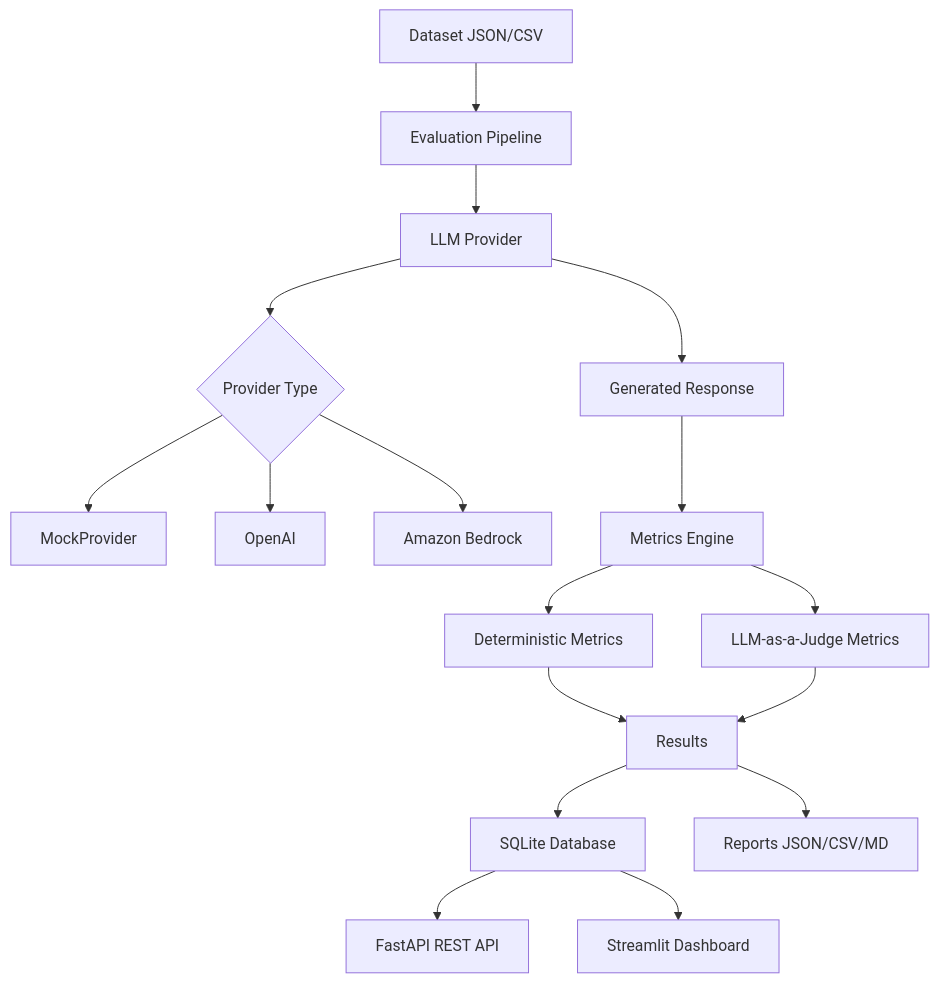
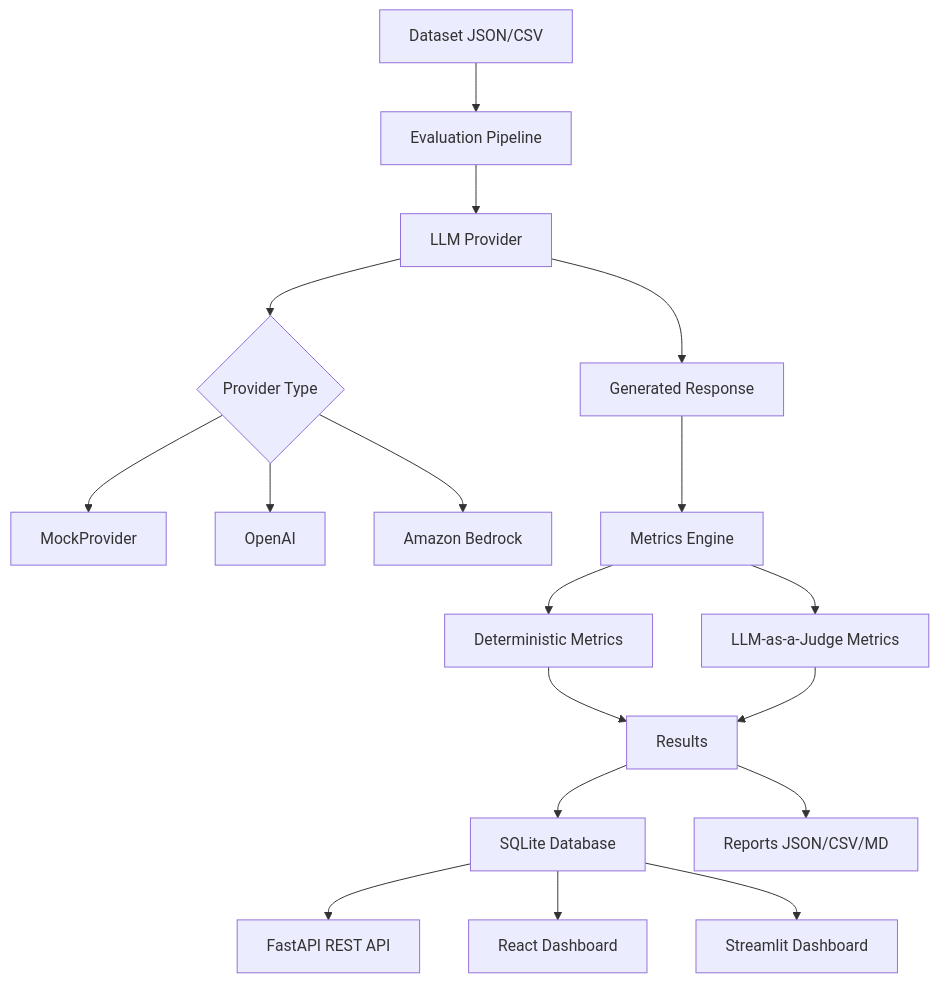
One commit to Lazaro549/ai-evaluation-platform changed the diagram in README.md. Above: the diagram before and after it, drawn with Mermaid. The commit also changed other lines of this file, not shown here.

````diff
--- a/README.md
+++ b/README.md
@@ -39,19 +40,20 @@
 ```mermaid
 graph TD
     A[Dataset JSON/CSV] --> B[Evaluation Pipeline]
     B --> C[LLM Provider]
     C --> D{Provider Type}
     D --> E[MockProvider]
     D --> F[OpenAI]
     D --> G[Amazon Bedrock]
     C --> H[Generated Response]
     H --> I[Metrics Engine]
     I --> J[Deterministic Metrics]
     I --> K[LLM-as-a-Judge Metrics]
     J --> L[Results]
     K --> L
     L --> M[SQLite Database]
     L --> N[Reports JSON/CSV/MD]
     M --> O[FastAPI REST API]
-    M --> P[Streamlit Dashboard]
+    M --> P[React Dashboard]
+    M --> Q[Streamlit Dashboard]
 ```
````
